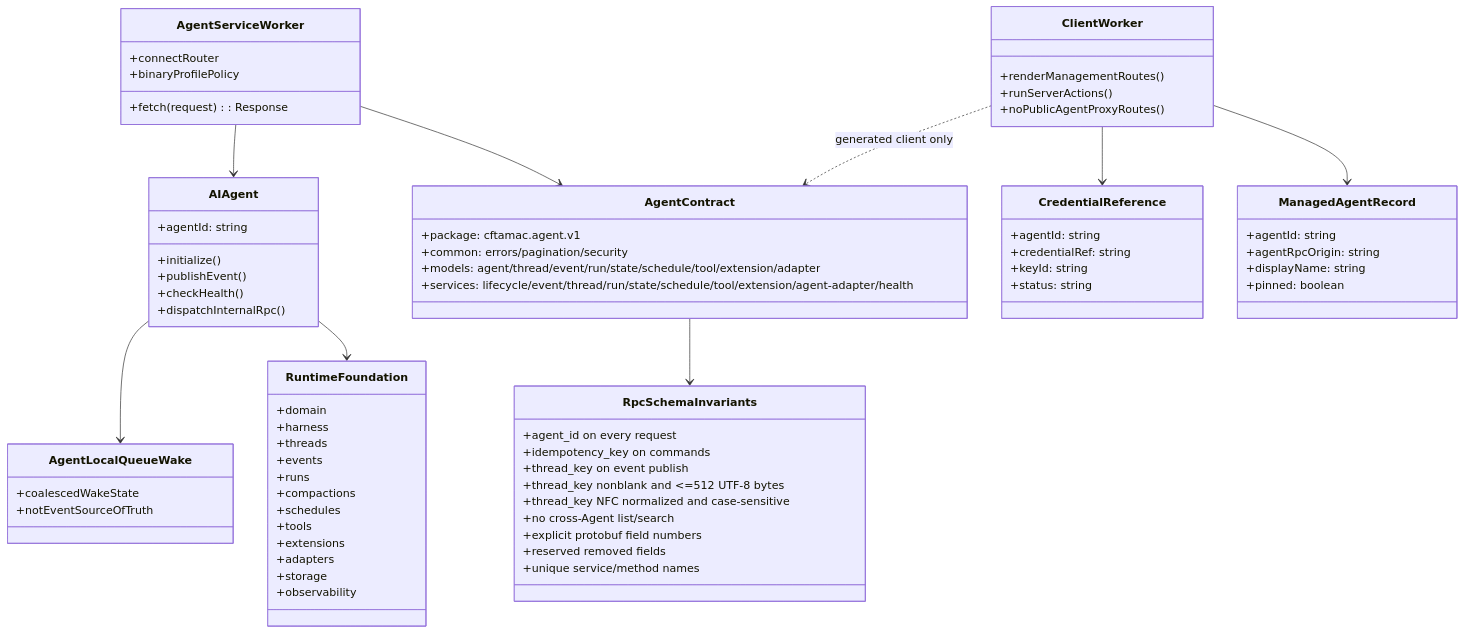
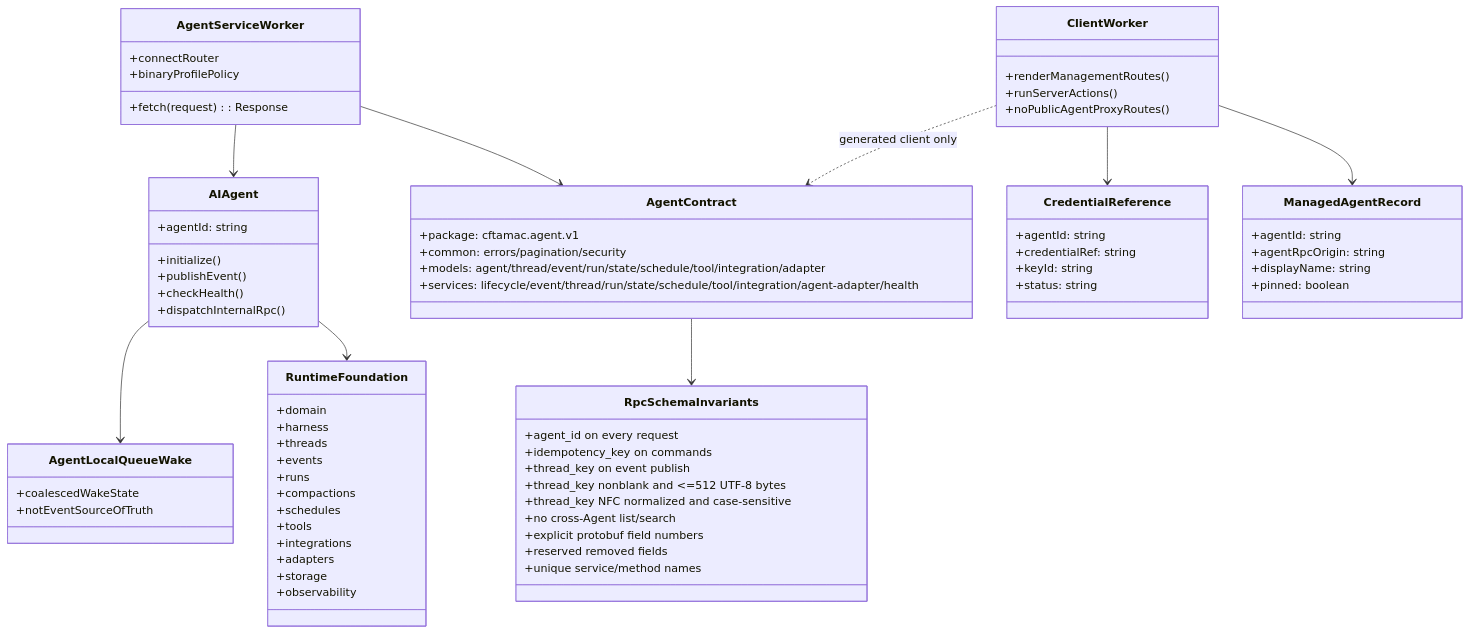
One commit to Suzlun/cf-tamac changed the fourth of 6 diagrams in openspec/changes/archive/2026-06-21-establish-agent-service-foundation/design.md. Above: the diagram before and after it, drawn with Mermaid. The commit also changed other lines of this file and 64 other files, not shown here.

Commit message:
refactor: rename extension terminology to integration

````diff
--- a/openspec/changes/archive/2026-06-21-establish-agent-service-foundation/design.md
+++ b/openspec/changes/archive/2026-06-21-establish-agent-service-foundation/design.md
@@ -536,76 +536,76 @@
 ```mermaid
 classDiagram
   class AgentServiceWorker {
     +fetch(request): Response
     +connectRouter
     +binaryProfilePolicy
   }
   class AIAgent {
     +agentId: string
     +initialize()
     +publishEvent()
     +checkHealth()
     +dispatchInternalRpc()
   }
   class AgentContract {
     +package: cftamac.agent.v1
     +common: errors/pagination/security
-    +models: agent/thread/event/run/state/schedule/tool/extension/adapter
-    +services: lifecycle/event/thread/run/state/schedule/tool/extension/agent-adapter/health
+    +models: agent/thread/event/run/state/schedule/tool/integration/adapter
+    +services: lifecycle/event/thread/run/state/schedule/tool/integration/agent-adapter/health
   }
   class RuntimeFoundation {
     +domain
     +harness
     +threads
     +events
     +runs
     +compactions
     +schedules
     +tools
-    +extensions
+    +integrations
     +adapters
     +storage
     +observability
   }
   class RpcSchemaInvariants {
     +agent_id on every request
     +idempotency_key on commands
     +thread_key on event publish
     +thread_key nonblank and <=512 UTF-8 bytes
     +thread_key NFC normalized and case-sensitive
     +no cross-Agent list/search
     +explicit protobuf field numbers
     +reserved removed fields
     +unique service/method names
   }
   class AgentLocalQueueWake {
     +coalescedWakeState
     +notEventSourceOfTruth
   }
   class ClientWorker {
     +renderManagementRoutes()
     +runServerActions()
     +noPublicAgentProxyRoutes()
   }
   class ManagedAgentRecord {
     +agentId: string
     +agentRpcOrigin: string
     +displayName: string
     +pinned: boolean
   }
   class CredentialReference {
     +agentId: string
     +credentialRef: string
     +keyId: string
     +status: string
   }
 
   AgentServiceWorker --> AgentContract
   AgentContract --> RpcSchemaInvariants
   AgentServiceWorker --> AIAgent
   AIAgent --> RuntimeFoundation
   AIAgent --> AgentLocalQueueWake
   ClientWorker --> ManagedAgentRecord
   ClientWorker --> CredentialReference
   ClientWorker ..> AgentContract : generated client only
 ```
````
